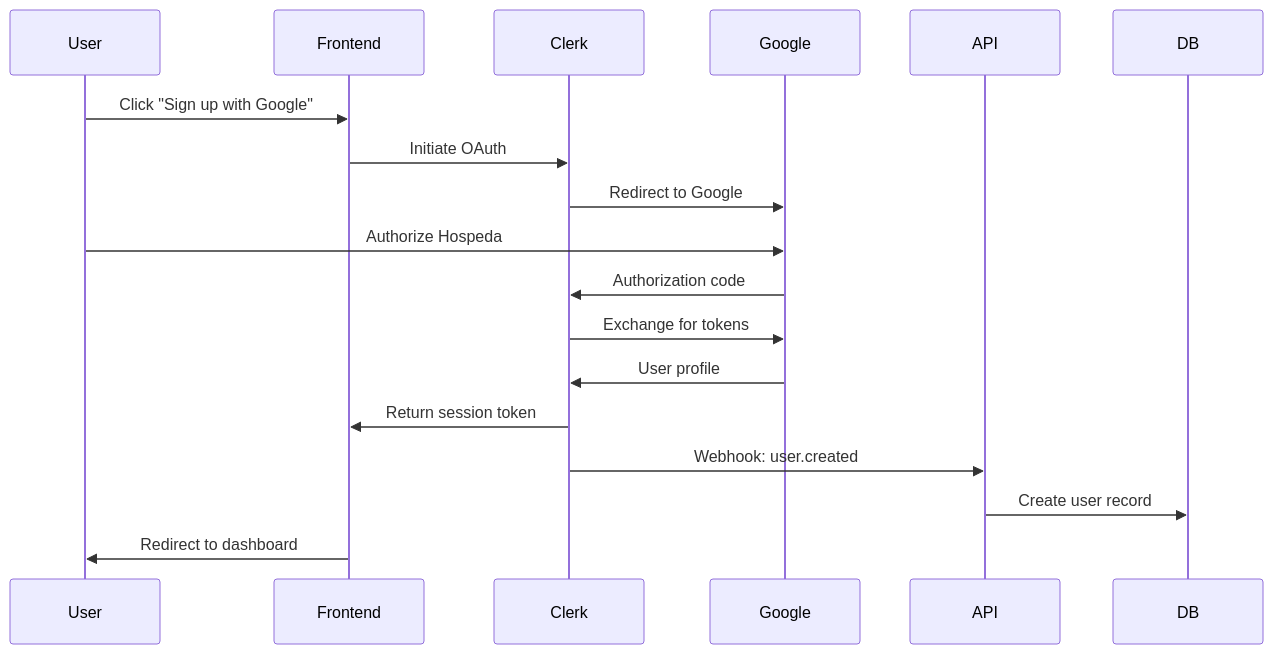
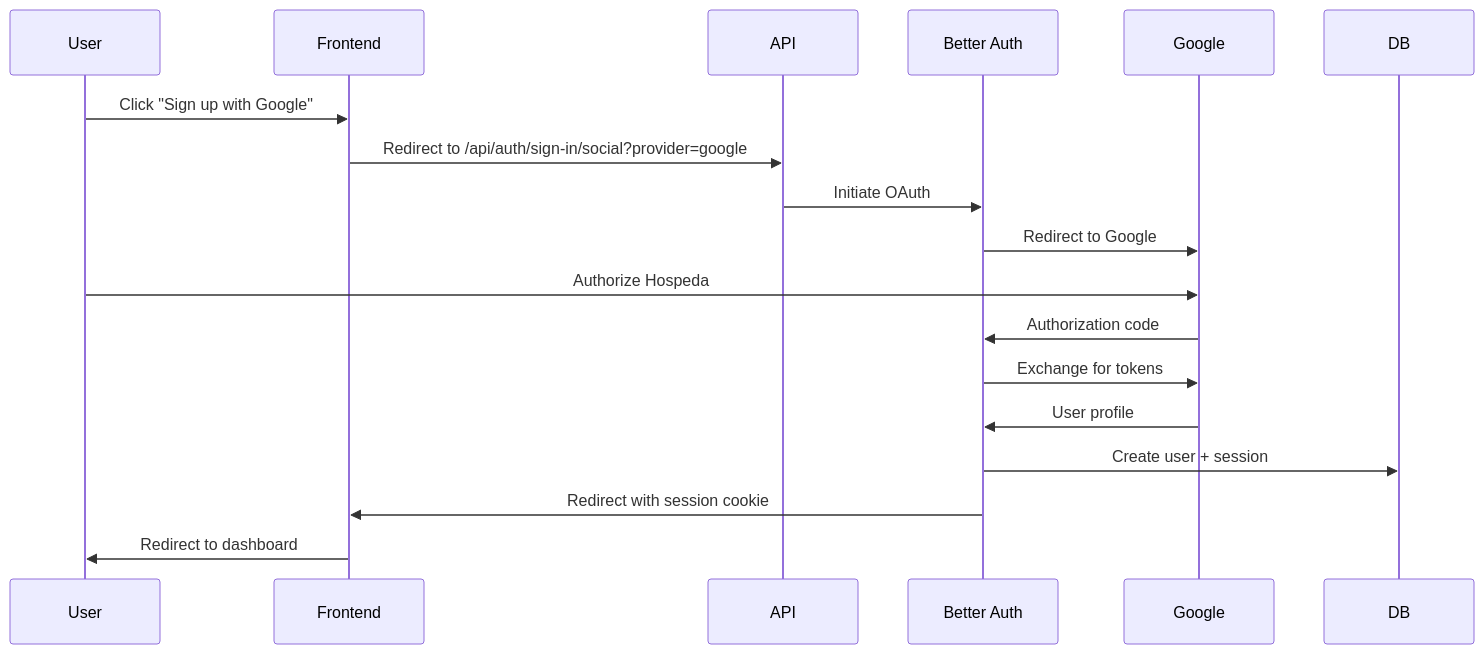
The third of 5 diagrams in docs/security/authentication.md (qazuor/hospeda), drawn with Mermaid before and after one commit. The commit also changed other lines of this file and 57 other files, not shown here.

````diff
--- a/docs/security/authentication.md
+++ b/docs/security/authentication.md
@@ -443,21 +410,21 @@
 ```mermaid
 sequenceDiagram
     participant User
     participant Frontend
-    participant Clerk
+    participant API
+    participant BetterAuth as Better Auth
     participant Google
-    participant API
     participant DB
 
     User->>Frontend: Click "Sign up with Google"
-    Frontend->>Clerk: Initiate OAuth
-    Clerk->>Google: Redirect to Google
+    Frontend->>API: Redirect to /api/auth/sign-in/social?provider=google
+    API->>BetterAuth: Initiate OAuth
+    BetterAuth->>Google: Redirect to Google
     User->>Google: Authorize Hospeda
-    Google->>Clerk: Authorization code
-    Clerk->>Google: Exchange for tokens
-    Google->>Clerk: User profile
-    Clerk->>Frontend: Return session token
-    Clerk->>API: Webhook: user.created
-    API->>DB: Create user record
+    Google->>BetterAuth: Authorization code
+    BetterAuth->>Google: Exchange for tokens
+    Google->>BetterAuth: User profile
+    BetterAuth->>DB: Create user + session
+    BetterAuth->>Frontend: Redirect with session cookie
     Frontend->>User: Redirect to dashboard
 ```
````
